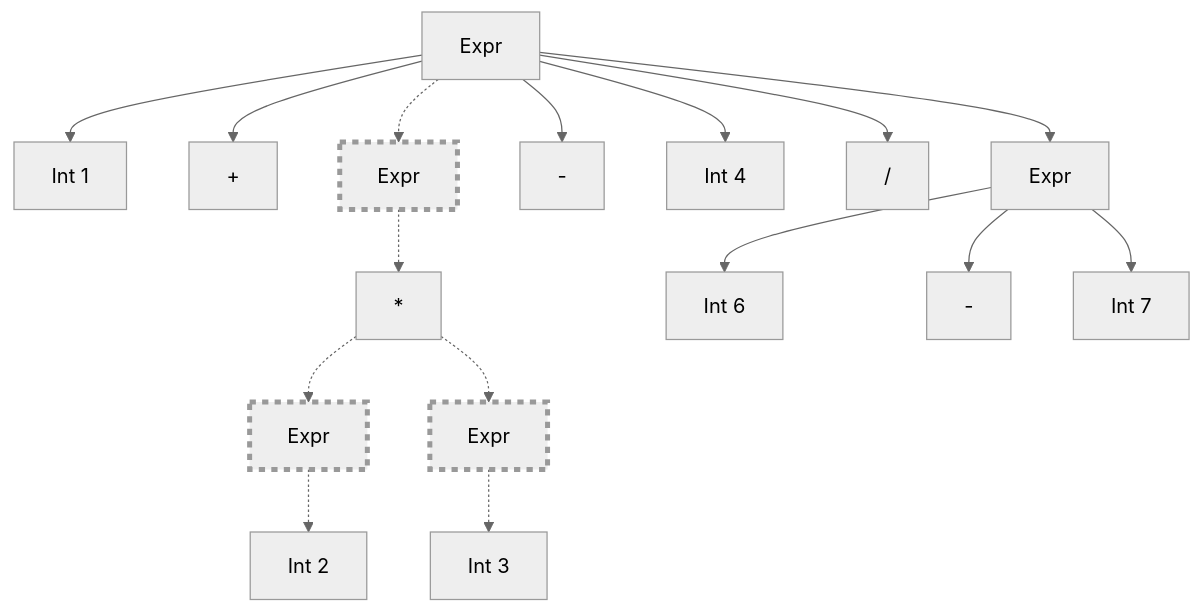
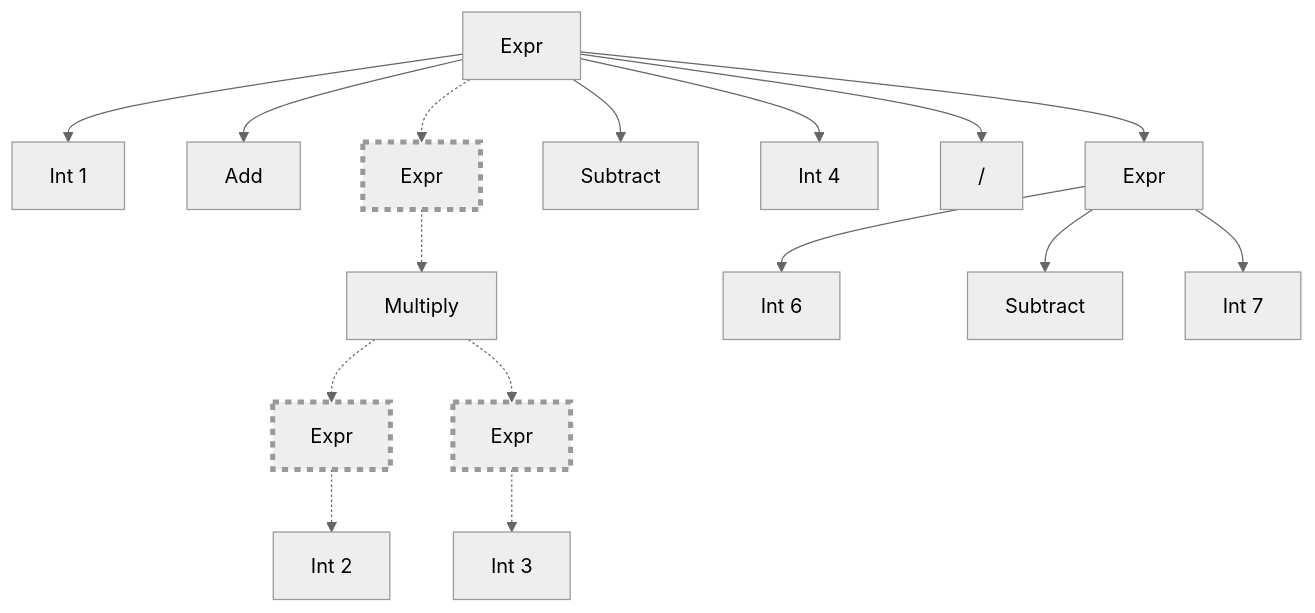
One commit to microsoft/Trieste changed diagram 23 of 27 in samples/infix/README.md. Above: the diagram before and after it, drawn with Mermaid (neutral theme). The commit also changed other lines of this file, not shown here.

````diff
--- a/samples/infix/README.md
+++ b/samples/infix/README.md
@@ -1111,19 +1114,19 @@
 ``` mermaid
 flowchart TD
   A[Expr]-->B[Int 1]
-  A-->C[+]
+  A-->C[Add]
   A-.->N[Expr]:::current
-  N-.->E[*]
+  N-.->E[Multiply]
   E-.->DD[Expr]:::current
   DD-.->D[Int 2]
   E-.->FF[Expr]:::current
   FF-.->F[Int 3]
-  A-->G[-]
+  A-->G[Subtract]
   A-->H[Int 4]
   A-->I["#47;"]
   A-->J[Expr]
   J-->K[Int 6]
-  J-->L[-]
+  J-->L[Subtract]
   J-->M[Int 7]
   classDef current stroke-width:4px,stroke-dasharray:5 5;
 ```
````
